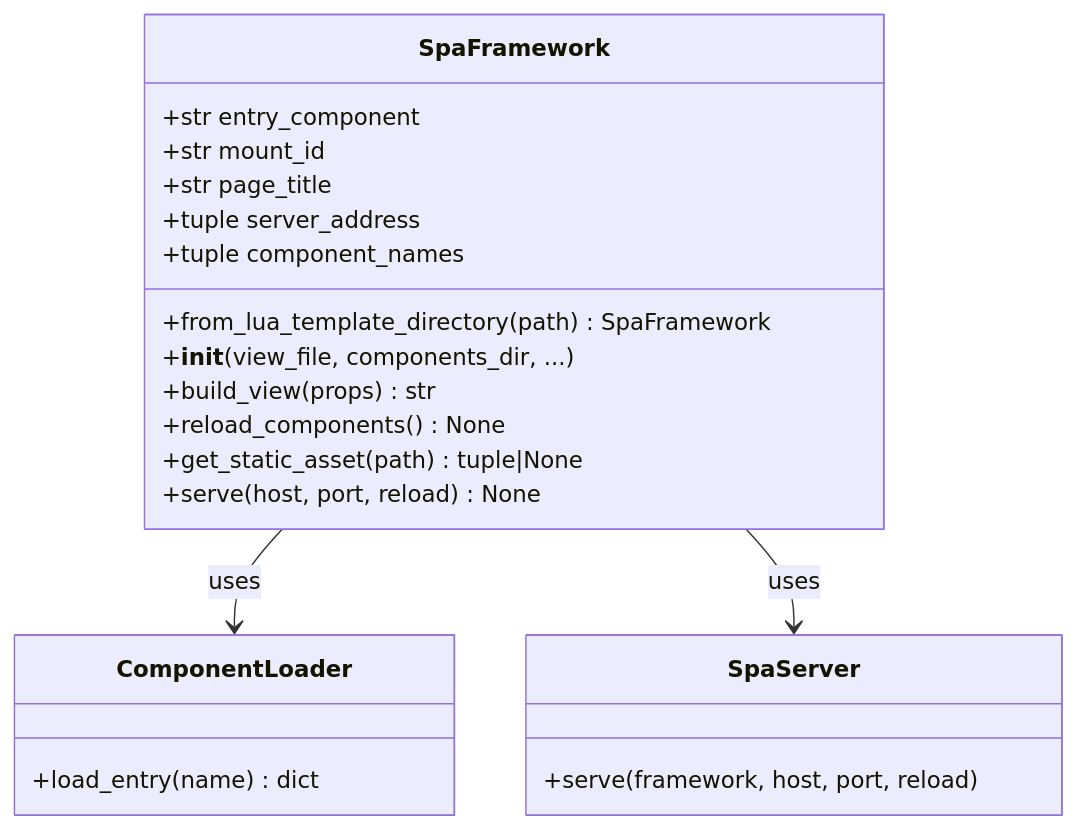
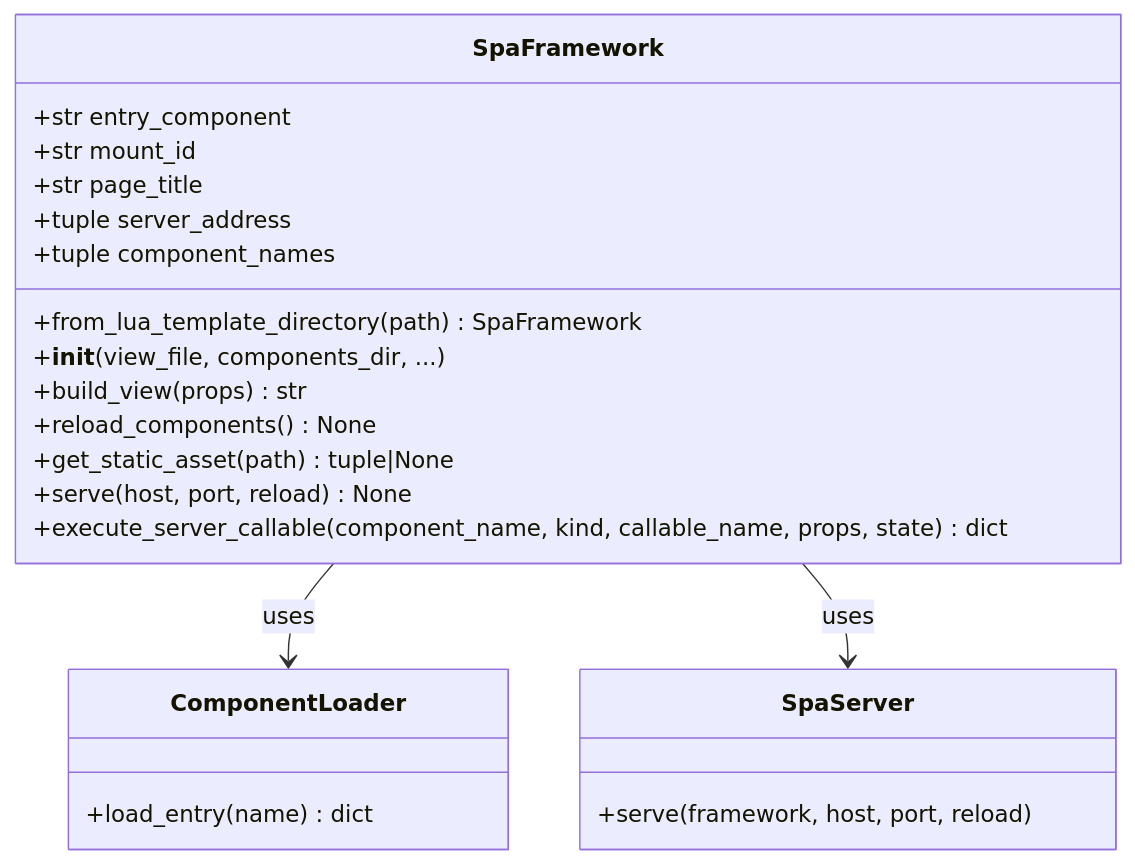
The diagram in docs/docs/api/framework.md (roderiano/lua-spa), drawn with Mermaid before and after one commit. The commit also changed other lines of this file and 21 other files, not shown here.

````diff
--- a/docs/docs/api/framework.md
+++ b/docs/docs/api/framework.md
@@ -14,28 +14,29 @@
 ```mermaid
 classDiagram
     class SpaFramework {
         +str entry_component
         +str mount_id
         +str page_title
         +tuple server_address
         +tuple component_names
 
         +from_lua_template_directory(path) SpaFramework
         +__init__(view_file, components_dir, ...)
         +build_view(props) str
         +reload_components() None
         +get_static_asset(path) tuple|None
         +serve(host, port, reload) None
+        +execute_server_callable(component_name, kind, callable_name, props, state) dict
     }
 
     class ComponentLoader {
         +load_entry(name) dict
     }
 
     class SpaServer {
         +serve(framework, host, port, reload)
     }
 
     SpaFramework --> ComponentLoader : uses
     SpaFramework --> SpaServer : uses
 ```
````
